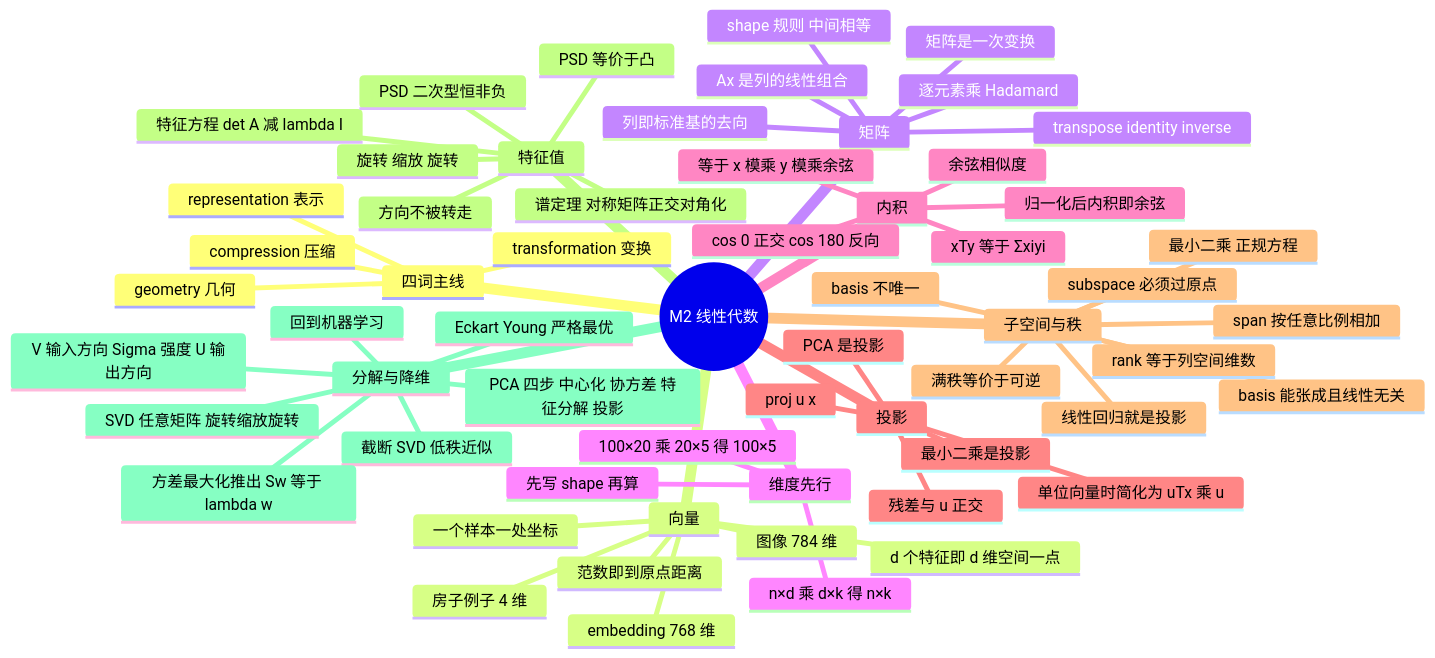
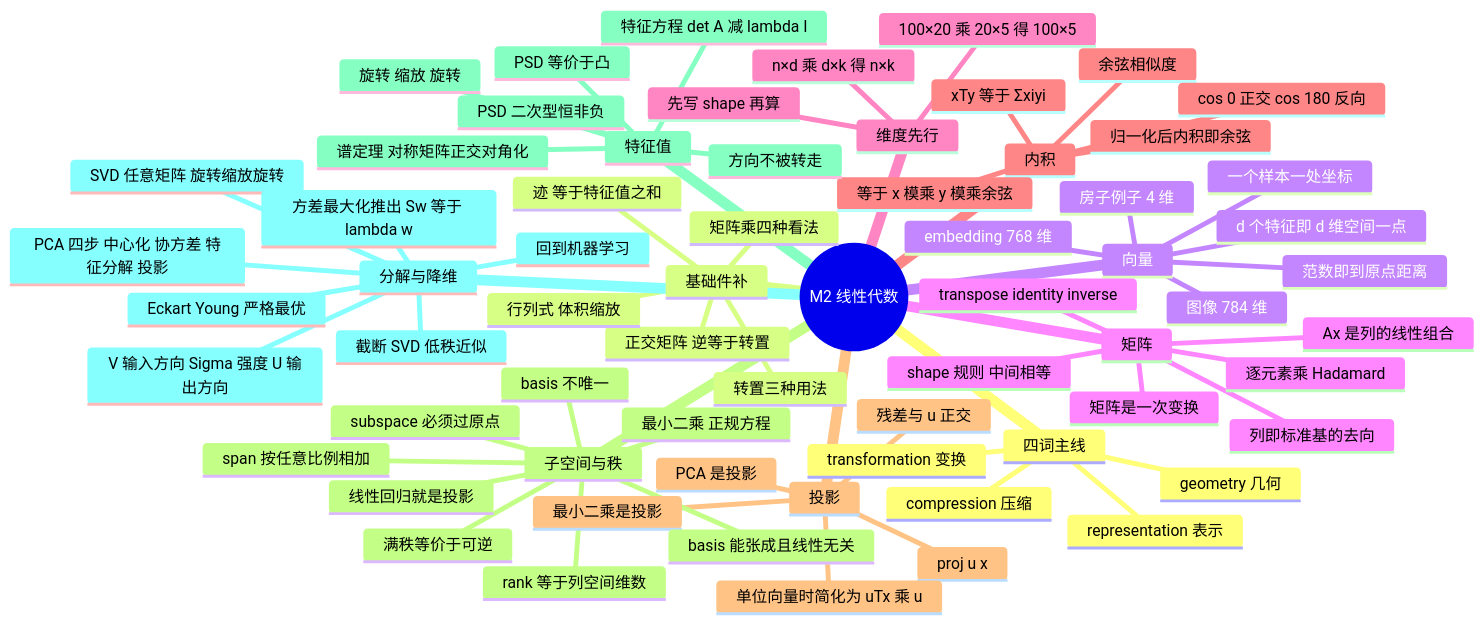
The first of 8 diagrams in kb/18-机器学习基础/02-线性代数.md (ShiyanXu/shiyanxu.github.io), drawn with Mermaid before and after one commit. The commit also changed other lines of this file and 8 other files, not shown here.

````diff
--- a/kb/18-机器学习基础/02-线性代数.md
+++ b/kb/18-机器学习基础/02-线性代数.md
@@ -53,63 +54,69 @@
 ```mermaid
 mindmap
   root((M2 线性代数))
     四词主线
       representation 表示
       transformation 变换
       geometry 几何
       compression 压缩
+    基础件补
+      转置三种用法
+      正交矩阵 逆等于转置
+      行列式 体积缩放
+      迹 等于特征值之和
+      矩阵乘四种看法
     向量
       一个样本一处坐标
       d 个特征即 d 维空间一点
       房子例子 4 维
       图像 784 维
       embedding 768 维
       范数即到原点距离
     矩阵
       矩阵是一次变换
       Ax 是列的线性组合
       列即标准基的去向
       shape 规则 中间相等
       transpose identity inverse
       逐元素乘 Hadamard
     维度先行
       先写 shape 再算
       n×d 乘 d×k 得 n×k
       100×20 乘 20×5 得 100×5
     内积
       xTy 等于 Σxiyi
       等于 x 模乘 y 模乘余弦
       余弦相似度
       cos 0 正交 cos 180 反向
       归一化后内积即余弦
     投影
       proj u x
       单位向量时简化为 uTx 乘 u
       残差与 u 正交
       最小二乘是投影
       PCA 是投影
     子空间与秩
       span 按任意比例相加
       basis 能张成且线性无关
       basis 不唯一
       subspace 必须过原点
       rank 等于列空间维数
       满秩等价于可逆
       最小二乘 正规方程
       线性回归就是投影
     特征值
       方向不被转走
       特征方程 det A 减 lambda I
       谱定理 对称矩阵正交对角化
       旋转 缩放 旋转
       PSD 二次型恒非负
       PSD 等价于凸
     分解与降维
       SVD 任意矩阵 旋转缩放旋转
       V 输入方向 Sigma 强度 U 输出方向
       截断 SVD 低秩近似
       Eckart Young 严格最优
       PCA 四步 中心化 协方差 特征分解 投影
       方差最大化推出 Sw 等于 lambda w
       回到机器学习
 ```
````
